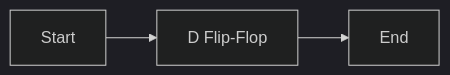
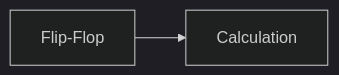
Before and after one commit to imxade/dontCompete: the second of 2 diagrams in frontend/public/assets/gate/ec/digital-circuit/sequential-circuit.md, drawn with Mermaid (dark theme). The commit also changed other lines of this file and 4395 other files, not shown here.

````diff
--- a/frontend/public/assets/gate/ec/digital-circuit/sequential-circuit.md
+++ b/frontend/public/assets/gate/ec/digital-circuit/sequential-circuit.md
@@ -83,5 +102,4 @@
 ```mermaid
 graph LR
-    A[Start] --> B[D Flip-Flop]
-    B --> C[End]
+A[Flip-Flop] --> B[Calculation]
 ```
````
